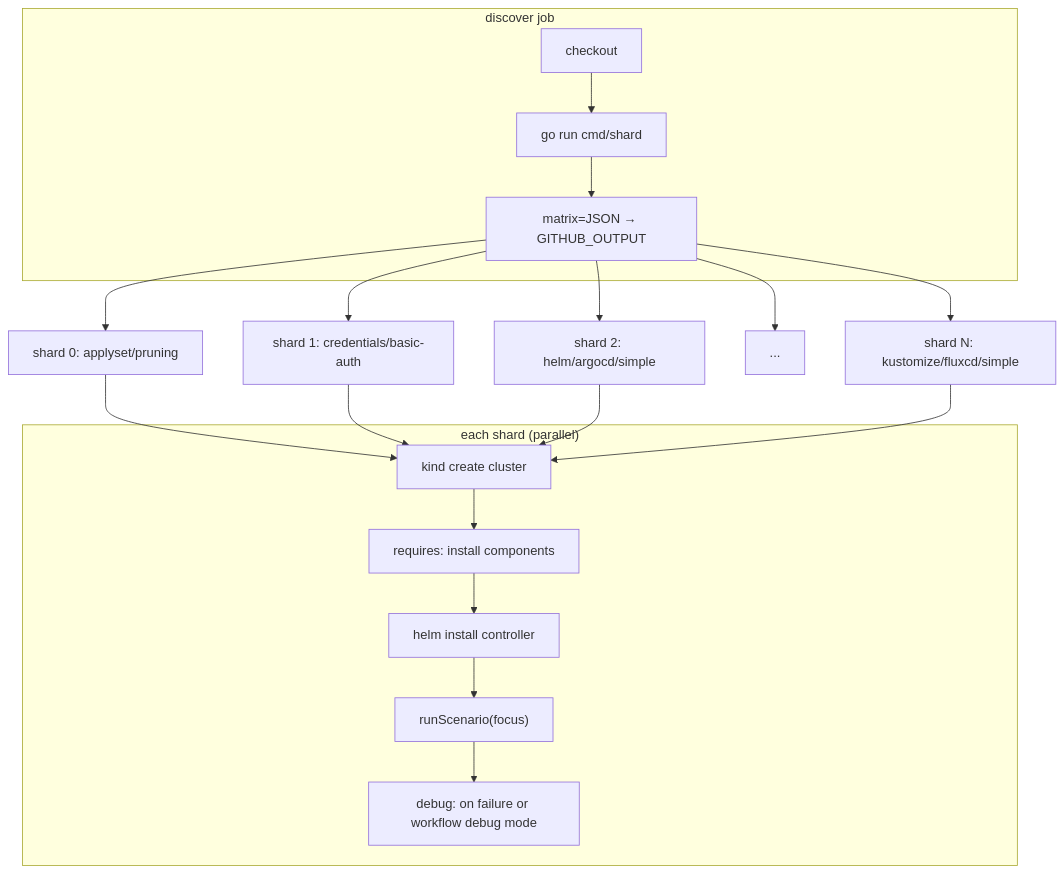
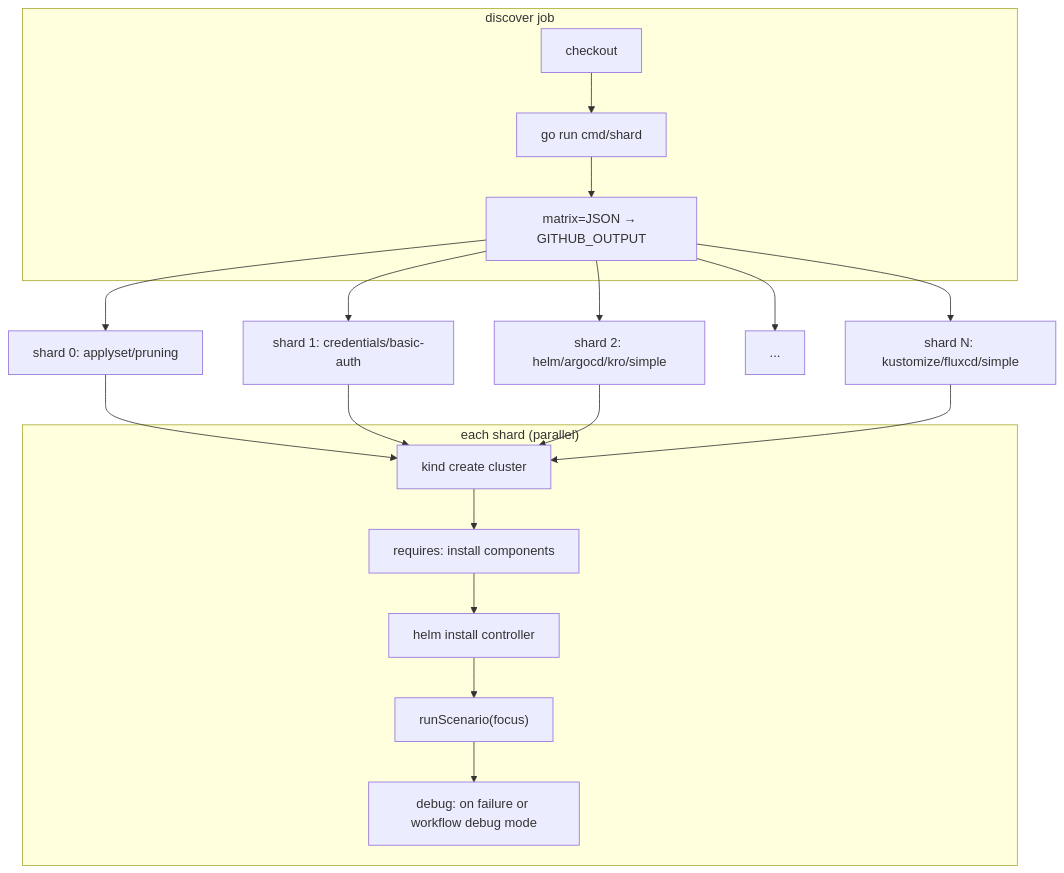
The fourth of 4 diagrams in kubernetes/controller/test/e2e/DESIGN.md (sk31337/open-component-model), drawn with Mermaid before and after one commit. The commit also changed other lines of this file and 2 other files, not shown here.

Commit message:
feat(docs): update AUTHORING, DESIGN, and README for kro-based scenario structure

````diff
--- a/kubernetes/controller/test/e2e/DESIGN.md
+++ b/kubernetes/controller/test/e2e/DESIGN.md
@@ -486,25 +490,25 @@
 ```mermaid
 graph TD
     subgraph "discover job"
         D1["checkout"] --> D2["go run cmd/shard"]
         D2 --> D3["matrix=JSON → GITHUB_OUTPUT"]
     end
 
     D3 --> E1["shard 0: applyset/pruning"]
     D3 --> E2["shard 1: credentials/basic-auth"]
-    D3 --> E3["shard 2: helm/argocd/simple"]
+    D3 --> E3["shard 2: helm/argocd/kro/simple"]
     D3 --> E4["..."]
     D3 --> E5["shard N: kustomize/fluxcd/simple"]
 
     subgraph "each shard (parallel)"
         S1["kind create cluster"] --> S2["requires: install components"]
         S2 --> S3["helm install controller"]
         S3 --> S4["runScenario(focus)"]
         S4 --> S5["debug: on failure or workflow debug mode"]
     end
 
     E1 --> S1
     E2 --> S1
     E3 --> S1
     E5 --> S1
 ```
````
